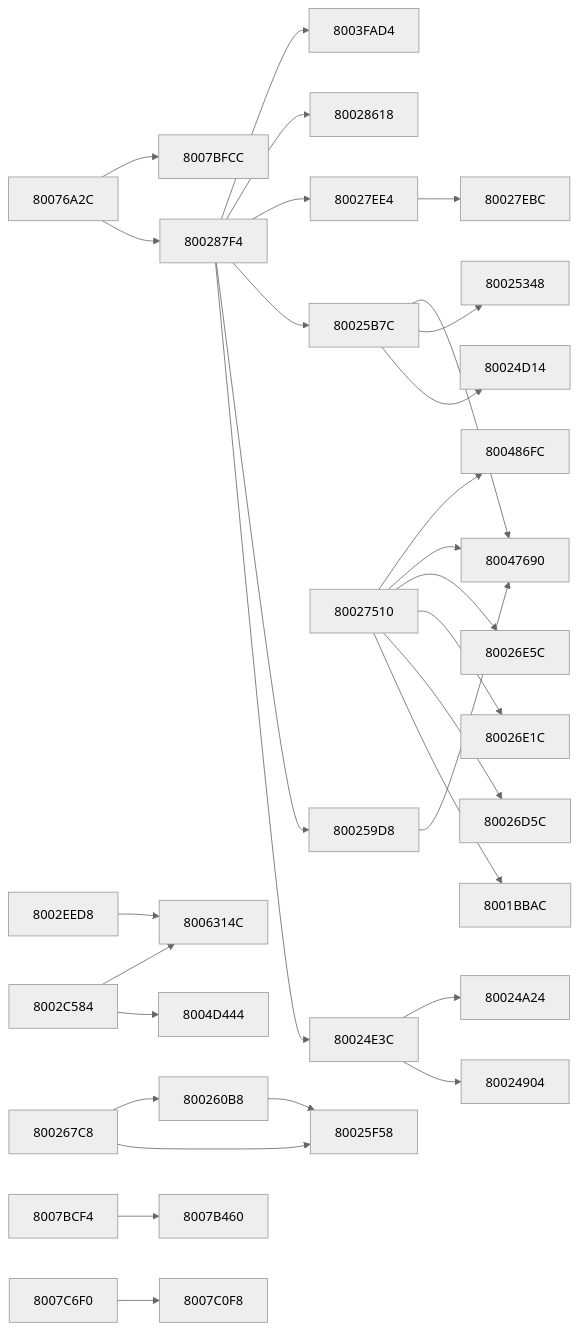
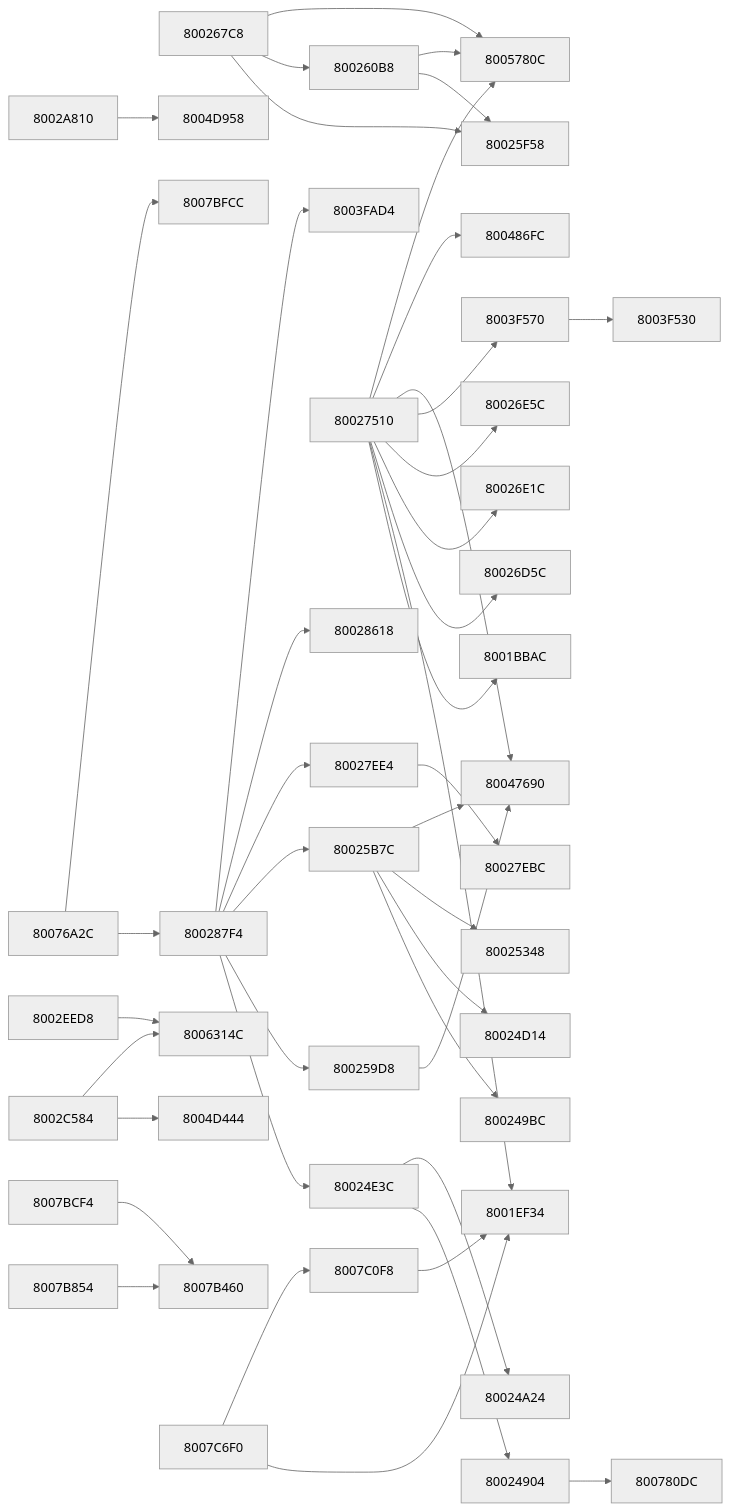
The second of 11 diagrams in docs/FUNCTION_MAP.md (kai-luni/Future-Cop-L.A.P.D-PS1), drawn with Mermaid (neutral theme) before and after one commit. The commit also changed other lines of this file, not shown here.

````diff
--- a/docs/FUNCTION_MAP.md
+++ b/docs/FUNCTION_MAP.md
@@ -78,20 +80,27 @@
 ```mermaid
 graph LR
+    f80024904 --> f800780dc
     f80024e3c --> f80024904
     f80024e3c --> f80024a24
     f800259d8 --> f80047690
+    f80025b7c --> f800249bc
     f80025b7c --> f80024d14
     f80025b7c --> f80025348
     f80025b7c --> f80047690
     f800260b8 --> f80025f58
+    f800260b8 --> f8005780c
     f800267c8 --> f80025f58
     f800267c8 --> f800260b8
+    f800267c8 --> f8005780c
     f80027510 --> f8001bbac
+    f80027510 --> f8001ef34
     f80027510 --> f80026d5c
     f80027510 --> f80026e1c
     f80027510 --> f80026e5c
+    f80027510 --> f8003f570
     f80027510 --> f80047690
     f80027510 --> f800486fc
+    f80027510 --> f8005780c
     f80027ee4 --> f80027ebc
     f800287f4 --> f80024e3c
     f800287f4 --> f800259d8
@@ -99,15 +108,22 @@
     f800287f4 --> f80027ee4
     f800287f4 --> f80028618
     f800287f4 --> f8003fad4
+    f8002a810 --> f8004d958
     f8002c584 --> f8004d444
     f8002c584 --> f8006314c
     f8002eed8 --> f8006314c
+    f8003f570 --> f8003f530
     f80076a2c --> f800287f4
     f80076a2c --> f8007bfcc
+    f8007b854 --> f8007b460
     f8007bcf4 --> f8007b460
+    f8007c0f8 --> f8001ef34
+    f8007c6f0 --> f8001ef34
     f8007c6f0 --> f8007c0f8
     f8001bbac["8001BBAC"]
+    f8001ef34["8001EF34"]
     f80024904["80024904"]
+    f800249bc["800249BC"]
     f80024a24["80024A24"]
     f80024d14["80024D14"]
     f80024e3c["80024E3C"]
@@ -125,15 +141,22 @@
     f80027ee4["80027EE4"]
     f80028618["80028618"]
     f800287f4["800287F4"]
+    f8002a810["8002A810"]
     f8002c584["8002C584"]
     f8002eed8["8002EED8"]
+    f8003f530["8003F530"]
+    f8003f570["8003F570"]
     f8003fad4["8003FAD4"]
     f80047690["80047690"]
     f800486fc["800486FC"]
     f8004d444["8004D444"]
+    f8004d958["8004D958"]
+    f8005780c["8005780C"]
     f8006314c["8006314C"]
     f80076a2c["80076A2C"]
+    f800780dc["800780DC"]
     f8007b460["8007B460"]
+    f8007b854["8007B854"]
     f8007bcf4["8007BCF4"]
     f8007bfcc["8007BFCC"]
     f8007c0f8["8007C0F8"]
````
